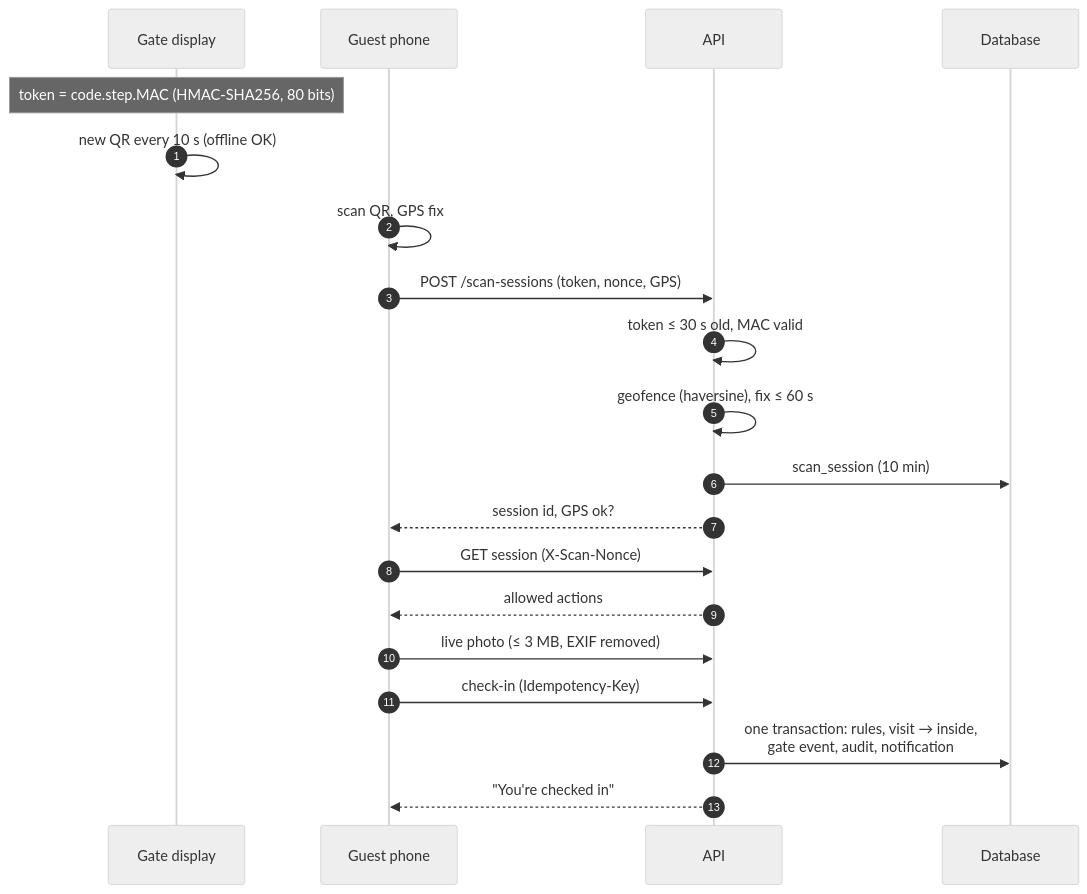
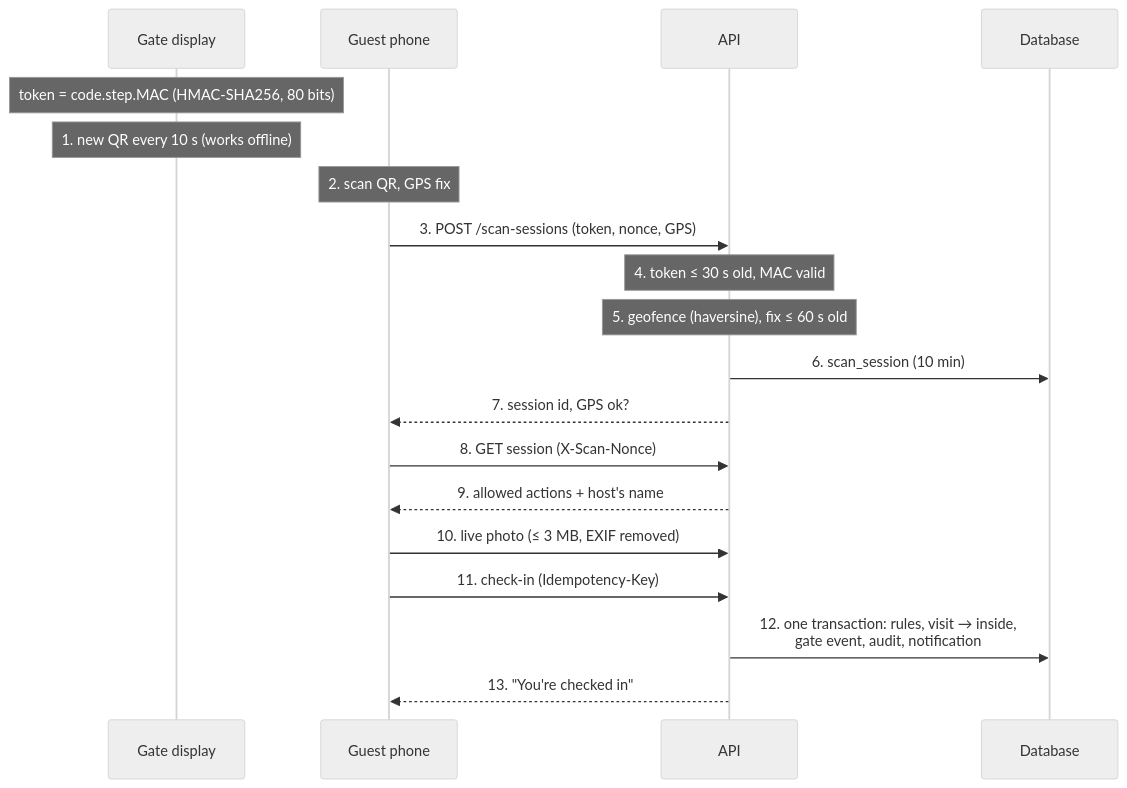
One commit to keeratpunia/HAVEN changed the diagram in docs/report/diagrams/gate-sequence.mmd. Above: the diagram before and after it, drawn with Mermaid (neutral theme). The commit also changed 29 other files, not shown here.

```diff
--- a/docs/report/diagrams/gate-sequence.mmd
+++ b/docs/report/diagrams/gate-sequence.mmd
@@ -1,21 +1,21 @@
 %% Gate token + scan session + check-in (SDD §9.1-§9.3; gate/token.ts, scanSessions.ts, gate/routes.ts)
+%% Step numbers are part of the labels (no autonumber markers over the text).
 sequenceDiagram
-  autonumber
   participant D as Gate display
   participant P as Guest phone
   participant A as API
   participant DB as Database
   Note over D: token = code.step.MAC (HMAC-SHA256, 80 bits)
-  D->>D: new QR every 10 s (offline OK)
-  P->>P: scan QR, GPS fix
-  P->>A: POST /scan-sessions (token, nonce, GPS)
-  A->>A: token ≤ 30 s old, MAC valid
-  A->>A: geofence (haversine), fix ≤ 60 s
-  A->>DB: scan_session (10 min)
-  A-->>P: session id, GPS ok?
-  P->>A: GET session (X-Scan-Nonce)
-  A-->>P: allowed actions
-  P->>A: live photo (≤ 3 MB, EXIF removed)
-  P->>A: check-in (Idempotency-Key)
-  A->>DB: one transaction: rules, visit → inside,<br/>gate event, audit, notification
-  A-->>P: "You're checked in"
+  Note over D: 1. new QR every 10 s (works offline)
+  Note over P: 2. scan QR, GPS fix
+  P->>A: 3. POST /scan-sessions (token, nonce, GPS)
+  Note over A: 4. token ≤ 30 s old, MAC valid
+  Note over A: 5. geofence (haversine), fix ≤ 60 s old
+  A->>DB: 6. scan_session (10 min)
+  A-->>P: 7. session id, GPS ok?
+  P->>A: 8. GET session (X-Scan-Nonce)
+  A-->>P: 9. allowed actions + host's name
+  P->>A: 10. live photo (≤ 3 MB, EXIF removed)
+  P->>A: 11. check-in (Idempotency-Key)
+  A->>DB: 12. one transaction: rules, visit → inside,<br/>gate event, audit, notification
+  A-->>P: 13. "You're checked in"
```
